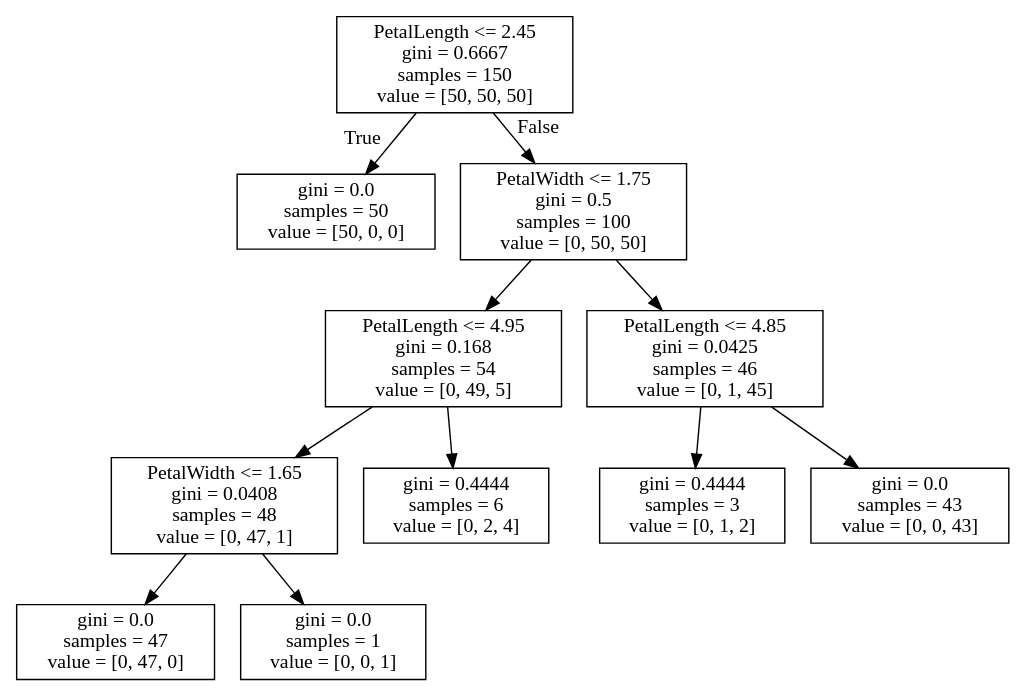
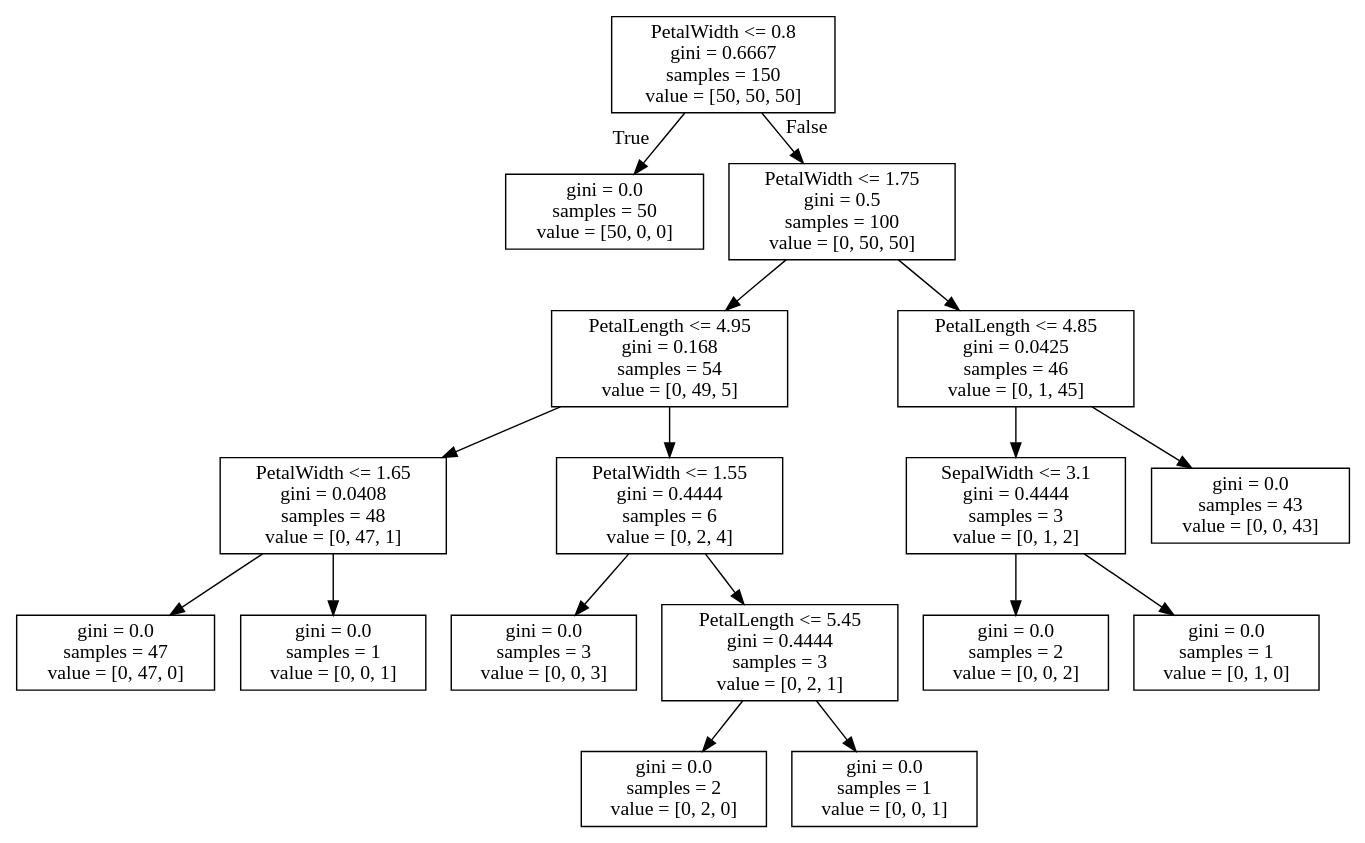
One commit to DariuszMak/AI_2017 changed the diagram in decision_tree/dt.dot. Above: the diagram before and after it, drawn with Graphviz. The commit also changed 2 other files, not shown here.

```diff
--- a/decision_tree/dt.dot
+++ b/decision_tree/dt.dot
@@ -1,24 +1,36 @@
 digraph Tree {
 node [shape=box] ;
-0 [label="PetalLength <= 2.45\ngini = 0.6667\nsamples = 150\nvalue = [50, 50, 50]"] ;
+0 [label="PetalWidth <= 0.8\ngini = 0.6667\nsamples = 150\nvalue = [50, 50, 50]"] ;
 1 [label="gini = 0.0\nsamples = 50\nvalue = [50, 0, 0]"] ;
 0 -> 1 [labeldistance=2.5, labelangle=45, headlabel="True"] ;
 2 [label="PetalWidth <= 1.75\ngini = 0.5\nsamples = 100\nvalue = [0, 50, 50]"] ;
 0 -> 2 [labeldistance=2.5, labelangle=-45, headlabel="False"] ;
 3 [label="PetalLength <= 4.95\ngini = 0.168\nsamples = 54\nvalue = [0, 49, 5]"] ;
 2 -> 3 ;
 4 [label="PetalWidth <= 1.65\ngini = 0.0408\nsamples = 48\nvalue = [0, 47, 1]"] ;
 3 -> 4 ;
 5 [label="gini = 0.0\nsamples = 47\nvalue = [0, 47, 0]"] ;
 4 -> 5 ;
 6 [label="gini = 0.0\nsamples = 1\nvalue = [0, 0, 1]"] ;
 4 -> 6 ;
-7 [label="gini = 0.4444\nsamples = 6\nvalue = [0, 2, 4]"] ;
+7 [label="PetalWidth <= 1.55\ngini = 0.4444\nsamples = 6\nvalue = [0, 2, 4]"] ;
 3 -> 7 ;
-8 [label="PetalLength <= 4.85\ngini = 0.0425\nsamples = 46\nvalue = [0, 1, 45]"] ;
-2 -> 8 ;
-9 [label="gini = 0.4444\nsamples = 3\nvalue = [0, 1, 2]"] ;
-8 -> 9 ;
-10 [label="gini = 0.0\nsamples = 43\nvalue = [0, 0, 43]"] ;
-8 -> 10 ;
+8 [label="gini = 0.0\nsamples = 3\nvalue = [0, 0, 3]"] ;
+7 -> 8 ;
+9 [label="PetalLength <= 5.45\ngini = 0.4444\nsamples = 3\nvalue = [0, 2, 1]"] ;
+7 -> 9 ;
+10 [label="gini = 0.0\nsamples = 2\nvalue = [0, 2, 0]"] ;
+9 -> 10 ;
+11 [label="gini = 0.0\nsamples = 1\nvalue = [0, 0, 1]"] ;
+9 -> 11 ;
+12 [label="PetalLength <= 4.85\ngini = 0.0425\nsamples = 46\nvalue = [0, 1, 45]"] ;
+2 -> 12 ;
+13 [label="SepalWidth <= 3.1\ngini = 0.4444\nsamples = 3\nvalue = [0, 1, 2]"] ;
+12 -> 13 ;
+14 [label="gini = 0.0\nsamples = 2\nvalue = [0, 0, 2]"] ;
+13 -> 14 ;
+15 [label="gini = 0.0\nsamples = 1\nvalue = [0, 1, 0]"] ;
+13 -> 15 ;
+16 [label="gini = 0.0\nsamples = 43\nvalue = [0, 0, 43]"] ;
+12 -> 16 ;
 }
```
